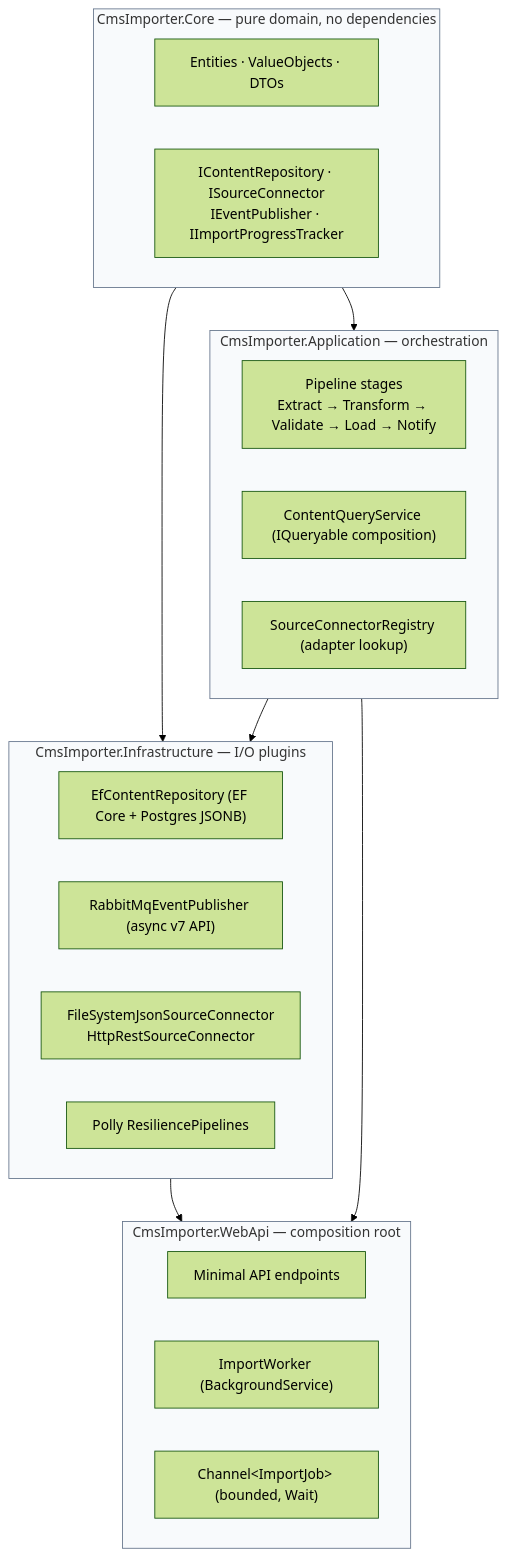
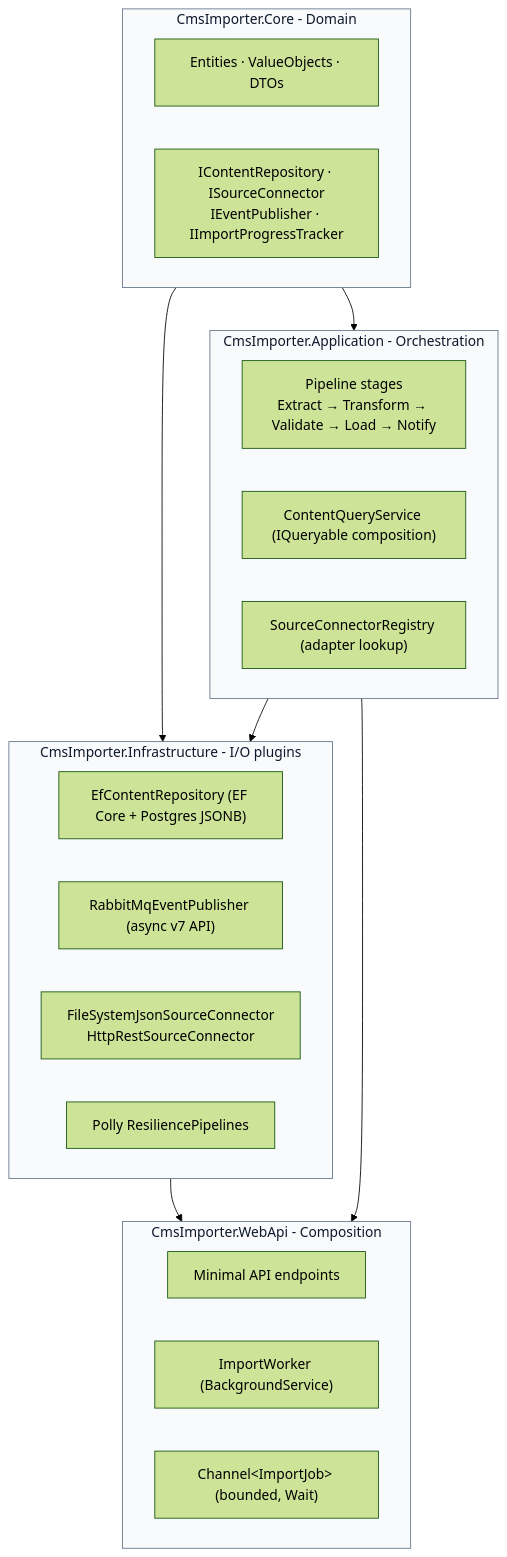
One commit to deli-nik/CmsImporter changed the first of 2 diagrams in README.md. Above: the diagram before and after it, drawn with Mermaid (forest theme). The commit also changed other lines of this file, not shown here.

````diff
--- a/README.md
+++ b/README.md
@@ -15,35 +15,35 @@
 ```mermaid
 graph TD
-    subgraph Core["CmsImporter.Core — pure domain, no dependencies"]
+    subgraph Core["CmsImporter.Core - Domain"]
         E["Entities · ValueObjects · DTOs"]
         I["IContentRepository · ISourceConnector<br/>IEventPublisher · IImportProgressTracker"]
     end
 
-    subgraph App["CmsImporter.Application — orchestration"]
+    subgraph App["CmsImporter.Application - Orchestration"]
         PIPE["Pipeline stages<br/>Extract → Transform → Validate → Load → Notify"]
         QS["ContentQueryService (IQueryable composition)"]
         REG["SourceConnectorRegistry (adapter lookup)"]
     end
 
-    subgraph Infra["CmsImporter.Infrastructure — I/O plugins"]
+    subgraph Infra["CmsImporter.Infrastructure - I/O plugins"]
         DB["EfContentRepository (EF Core + Postgres JSONB)"]
         MQ["RabbitMqEventPublisher (async v7 API)"]
         CON["FileSystemJsonSourceConnector<br/>HttpRestSourceConnector"]
         RES["Polly ResiliencePipelines"]
     end
 
-    subgraph Api["CmsImporter.WebApi — composition root"]
+    subgraph Api["CmsImporter.WebApi - Composition"]
         EP["Minimal API endpoints"]
         WK["ImportWorker (BackgroundService)"]
         CHAN["Channel&lt;ImportJob&gt; (bounded, Wait)"]
     end
 
     Core --> App
     Core --> Infra
     App  --> Infra
     Infra --> Api
     App  --> Api
 
-    classDef layer fill:#f8fafc,stroke:#64748b
+    classDef layer fill:#f8fafc,stroke:#64748b,color:#0f172a
     class Core,App,Infra,Api layer
 ```
````
